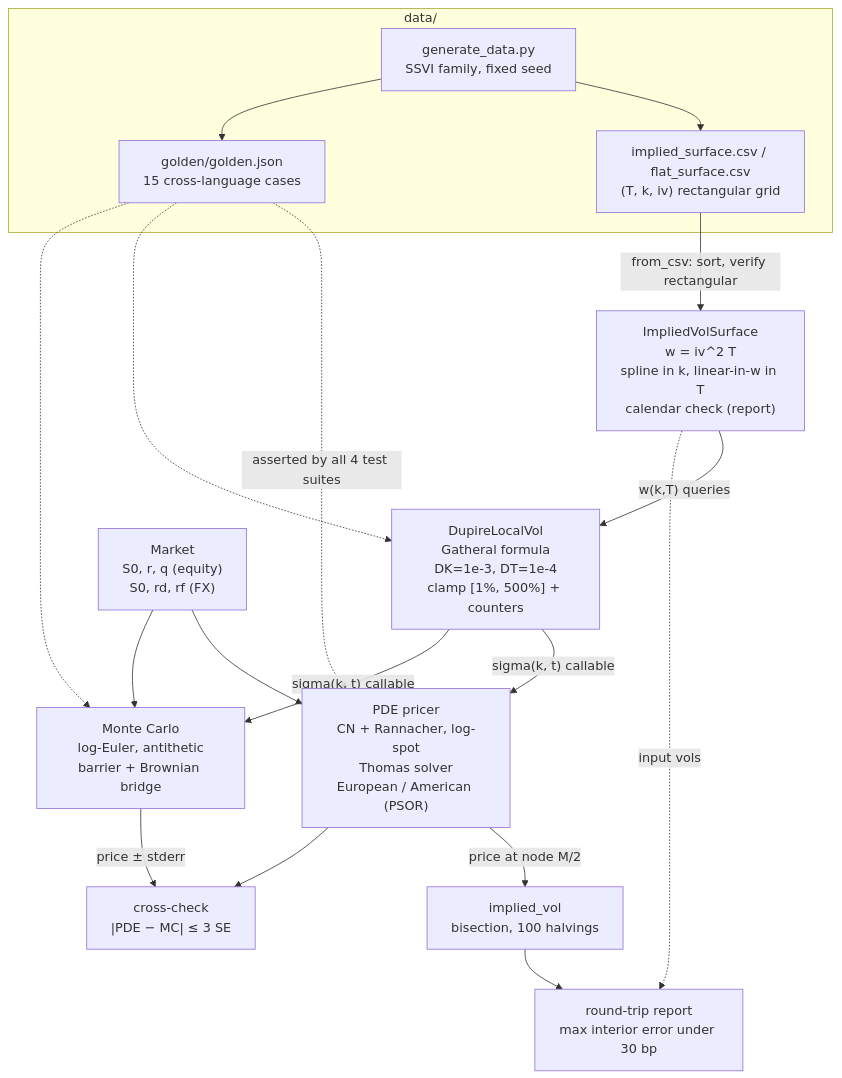
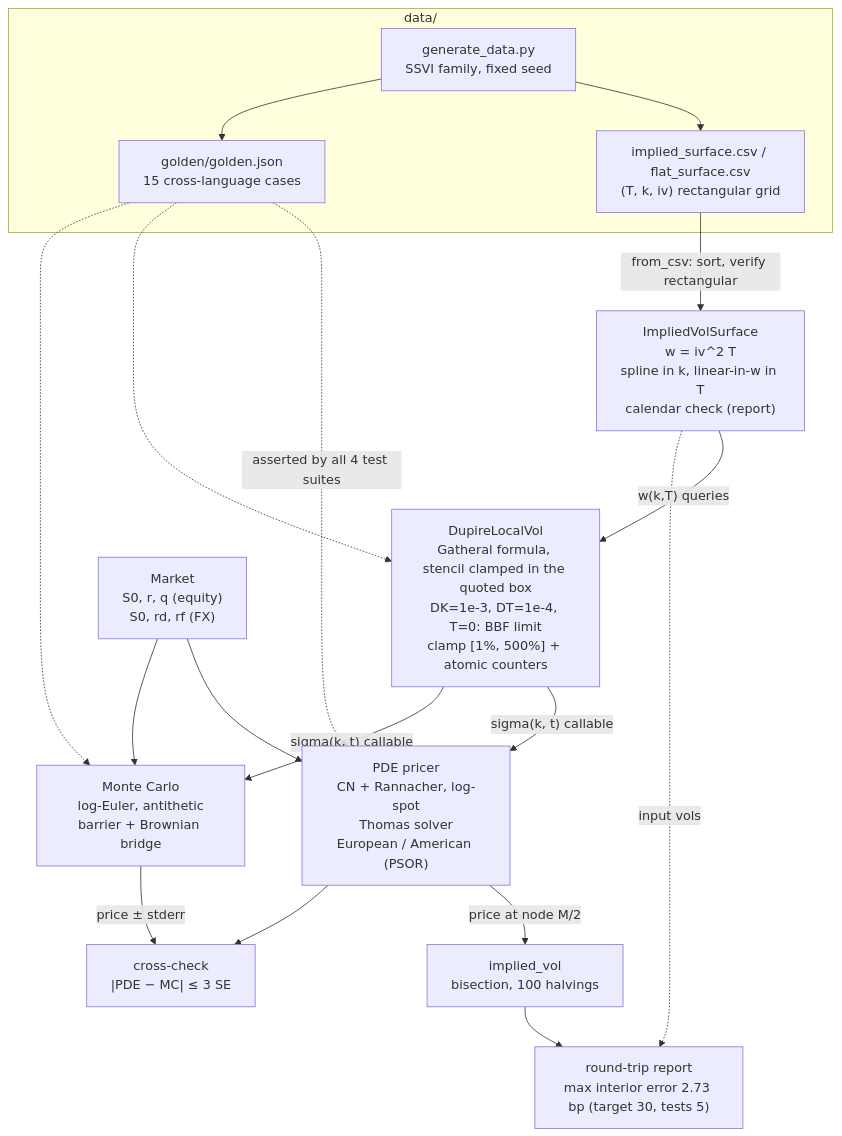
The first of 3 diagrams in docs/ARCHITECTURE.md (AshJha0/local-volatility), drawn with Mermaid before and after one commit. The commit also changed other lines of this file and 74 other files, not shown here.

````diff
--- a/docs/ARCHITECTURE.md
+++ b/docs/ARCHITECTURE.md
@@ -39,28 +39,28 @@
 ```mermaid
 flowchart TD
     subgraph DATA["data/"]
         CSV["implied_surface.csv / flat_surface.csv\n(T, k, iv) rectangular grid"]
         GEN["generate_data.py\nSSVI family, fixed seed"]
         GOLD["golden/golden.json\n15 cross-language cases"]
         GEN --> CSV
         GEN --> GOLD
     end
 
     CSV -->|"from_csv: sort, verify rectangular"| SURF["ImpliedVolSurface\nw = iv^2 T\nspline in k, linear-in-w in T\ncalendar check (report)"]
-    SURF -->|"w(k,T) queries"| DUP["DupireLocalVol\nGatheral formula\nDK=1e-3, DT=1e-4\nclamp [1%, 500%] + counters"]
+    SURF -->|"w(k,T) queries"| DUP["DupireLocalVol\nGatheral formula, stencil clamped in the quoted box\nDK=1e-3, DT=1e-4, T=0: BBF limit\nclamp [1%, 500%] + atomic counters"]
 
     MKT["Market\nS0, r, q (equity)\nS0, rd, rf (FX)"] --> PDE
     MKT --> MC
     DUP -->|"sigma(k, t) callable"| PDE["PDE pricer\nCN + Rannacher, log-spot\nThomas solver\nEuropean / American (PSOR)"]
     DUP -->|"sigma(k, t) callable"| MC["Monte Carlo\nlog-Euler, antithetic\nbarrier + Brownian bridge"]
 
     PDE -->|price at node M/2| INV["implied_vol\nbisection, 100 halvings"]
     MC -->|"price ± stderr"| XCHK["cross-check\n|PDE − MC| ≤ 3 SE"]
     PDE --> XCHK
-    INV --> RT["round-trip report\nmax interior error under 30 bp"]
+    INV --> RT["round-trip report\nmax interior error 2.73 bp (target 30, tests 5)"]
     SURF -.->|input vols| RT
 
     GOLD -.->|"asserted by all 4 test suites"| PDE
     GOLD -.-> DUP
     GOLD -.-> MC
 ```
````
